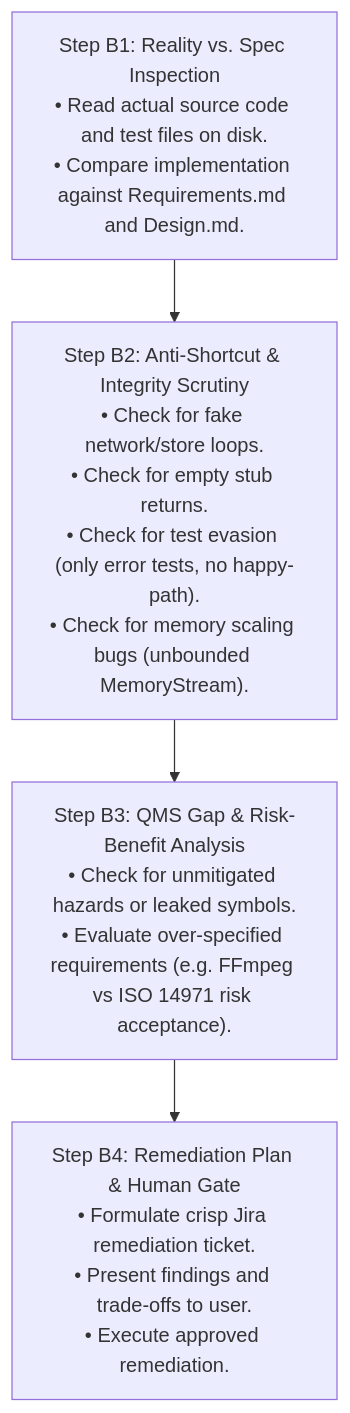
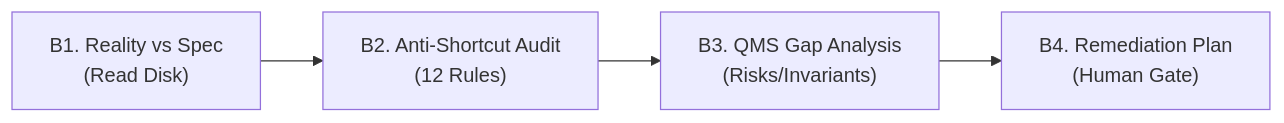
One commit to zerotwooneone/percolator changed the second of 2 diagrams in source/.agents/skills/qms-implementation-review-cycle/SKILL.md. Above: the diagram before and after it, drawn with Mermaid. The commit also changed other lines of this file and 3 other files, not shown here.

Commit message:
add anti shortcut discipline skill

````diff
--- a/source/.agents/skills/qms-implementation-review-cycle/SKILL.md
+++ b/source/.agents/skills/qms-implementation-review-cycle/SKILL.md
@@ -103,11 +75,6 @@
 ```mermaid
-flowchart TD
-    B1["Step B1: Reality vs. Spec Inspection<br/>• Read actual source code and test files on disk.<br/>• Compare implementation against Requirements.md and Design.md."]
-    B2["Step B2: Anti-Shortcut & Integrity Scrutiny<br/>• Check for fake network/store loops.<br/>• Check for empty stub returns.<br/>• Check for test evasion (only error tests, no happy-path).<br/>• Check for memory scaling bugs (unbounded MemoryStream)."]
-    B3["Step B3: QMS Gap & Risk-Benefit Analysis<br/>• Check for unmitigated hazards or leaked symbols.<br/>• Evaluate over-specified requirements (e.g. FFmpeg vs ISO 14971 risk acceptance)."]
-    B4["Step B4: Remediation Plan & Human Gate<br/>• Formulate crisp Jira remediation ticket.<br/>• Present findings and trade-offs to user.<br/>• Execute approved remediation."]
-
-    B1 --> B2
-    B2 --> B3
-    B3 --> B4
+flowchart LR
+    B1["B1. Reality vs Spec<br/>(Read Disk)"] --> B2["B2. Anti-Shortcut Audit<br/>(12 Rules)"]
+    B2 --> B3["B3. QMS Gap Analysis<br/>(Risks/Invariants)"]
+    B3 --> B4["B4. Remediation Plan<br/>(Human Gate)"]
 ```
````
